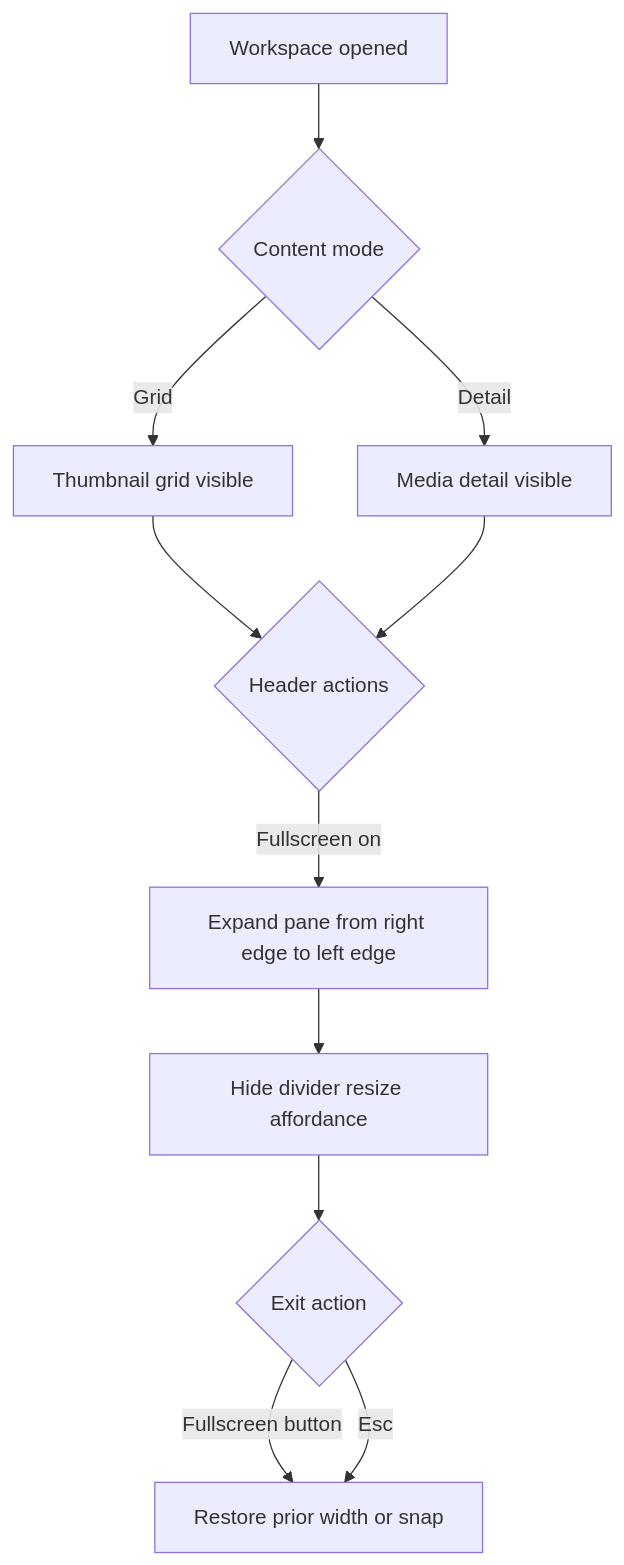
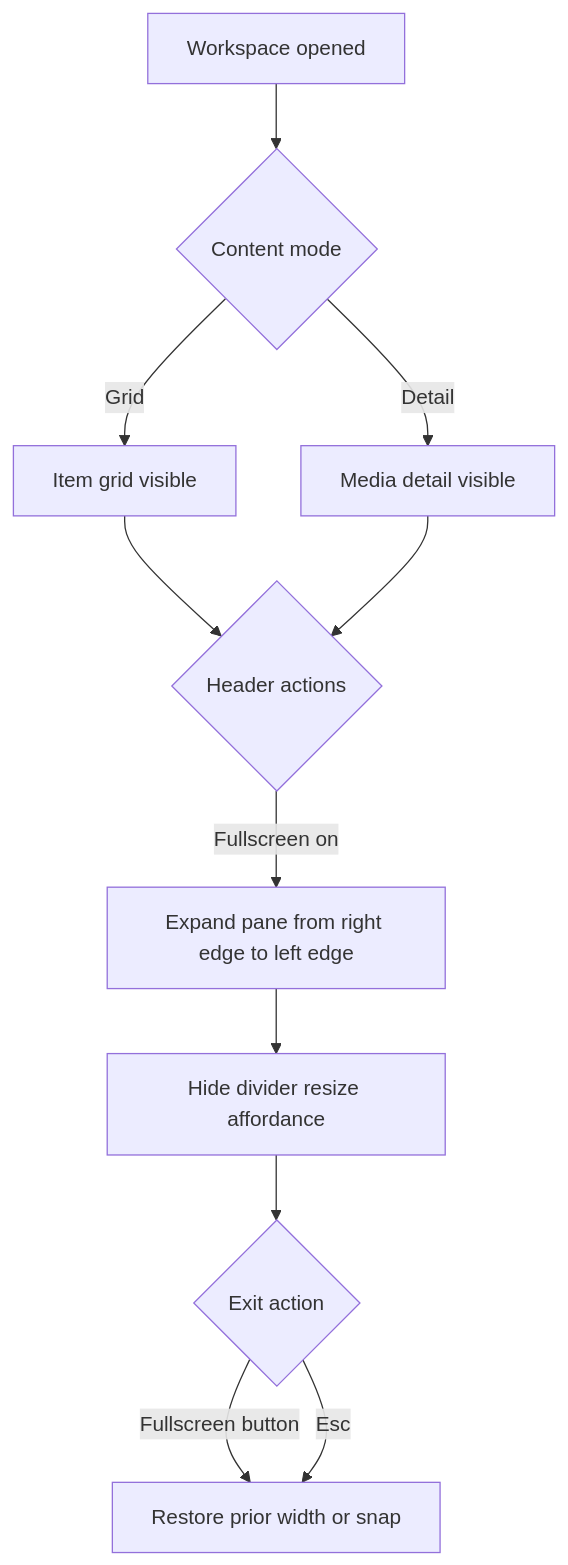
Before and after one commit to matkleve/feldpost: the first of 5 diagrams in docs/specs/ui/workspace/workspace-pane.md, drawn with Mermaid. The commit also changed other lines of this file and 146 other files, not shown here.

````diff
--- a/docs/specs/ui/workspace/workspace-pane.md
+++ b/docs/specs/ui/workspace/workspace-pane.md
@@ -79,13 +85,13 @@
 ```mermaid
 flowchart TD
     A[Workspace opened] --> B{Content mode}
-    B -- Grid --> C[Thumbnail grid visible]
+    B -- Grid --> C[Item grid visible]
     B -- Detail --> D[Media detail visible]
     C --> E{Header actions}
     D --> E
   E -- Fullscreen on --> F[Expand pane from right edge to left edge]
   F --> G[Hide divider resize affordance]
     G --> H{Exit action}
     H -- Fullscreen button --> I[Restore prior width or snap]
     H -- Esc --> I
 ```
````
